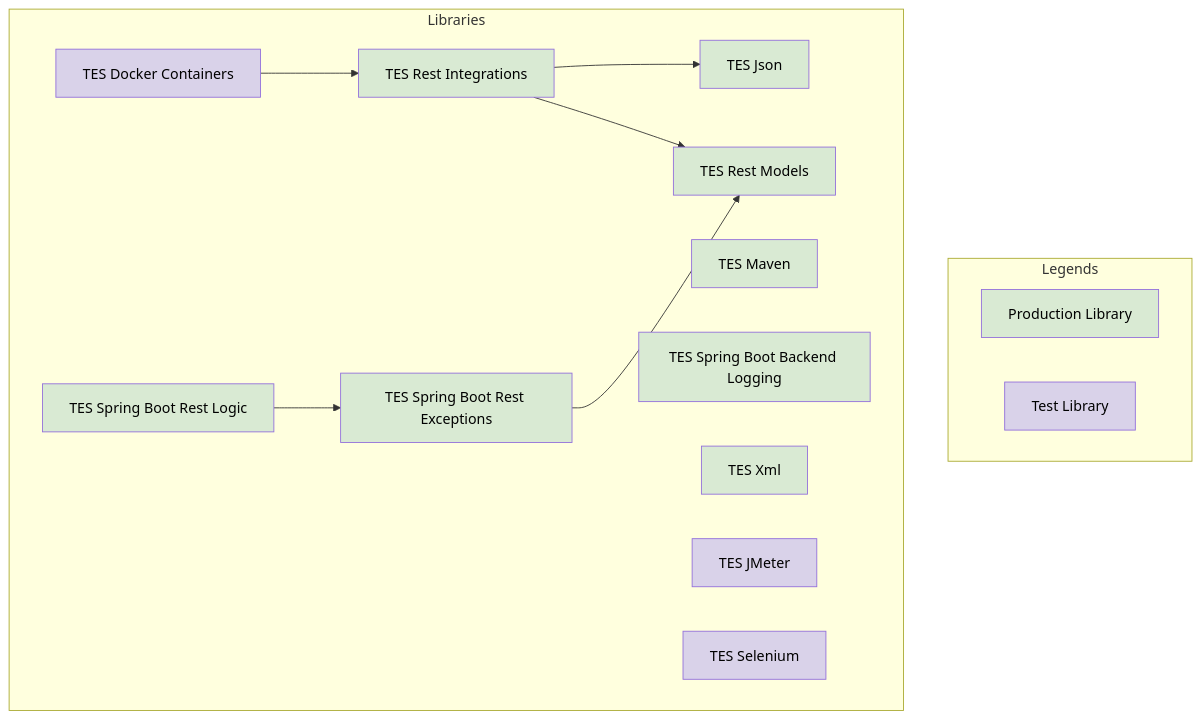
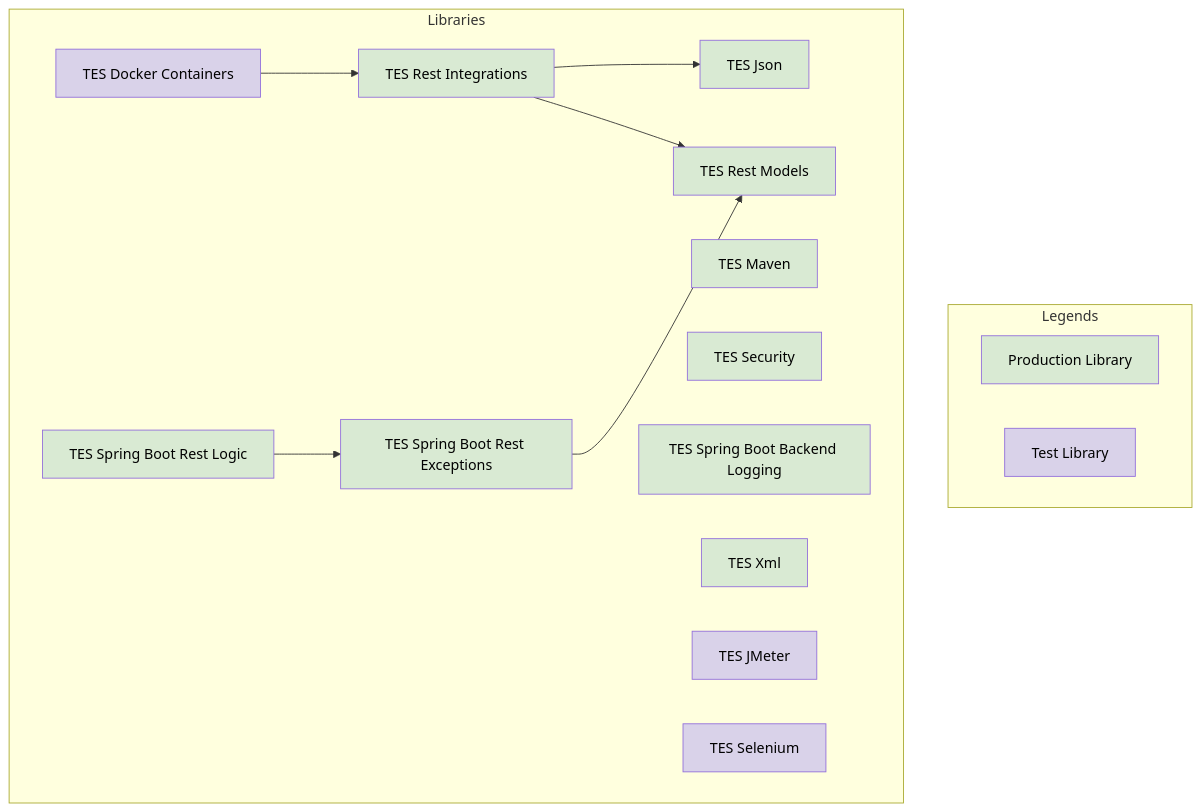
The diagram in doc/README.md (sunepoulsen/tes-foundation), drawn with Mermaid before and after one commit. The commit also changed other lines of this file, not shown here.

Commit message:
TESENTLABS-7: Add some documentation of the new `tes-security` library.

````diff
--- a/doc/README.md
+++ b/doc/README.md
@@ -32,26 +33,27 @@
 ```mermaid
 flowchart
     subgraph "Legends"
         legProdLib["Production Library"]:::prodLibrary
         legTestLib["Test Library"]:::testLibrary
     end
 
     subgraph "Libraries"
         tesJson["TES Json"]:::prodLibrary
         tesMaven["TES Maven"]:::prodLibrary
         tesRestModels["TES Rest Models"]:::prodLibrary
+        tesSecurity["TES Security"]:::prodLibrary
         tesSpringBootLogging["TES Spring Boot Backend Logging"]:::prodLibrary
         tesXml["TES Xml"]:::prodLibrary
         tesRestIntegrations["TES Rest Integrations"]:::prodLibrary --> tesJson
         tesRestIntegrations:::prodLibrary --> tesRestModels
         tesSpringBootRestExceptions["TES Spring Boot Rest Exceptions"]:::prodLibrary --> tesRestModels
         tesSpringBootRestLogic["TES Spring Boot Rest Logic"]:::prodLibrary --> tesSpringBootRestExceptions
 
         tesDockerContainers["TES Docker Containers"]:::testLibrary --> tesRestIntegrations
         tesJMeter["TES JMeter"]:::testLibrary
         tesSelenium["TES Selenium"]:::testLibrary
     end
 
     classDef prodLibrary fill:#d9ead3,color:#000
     classDef testLibrary fill:#d9d2e9,color:#000
 ```
````
